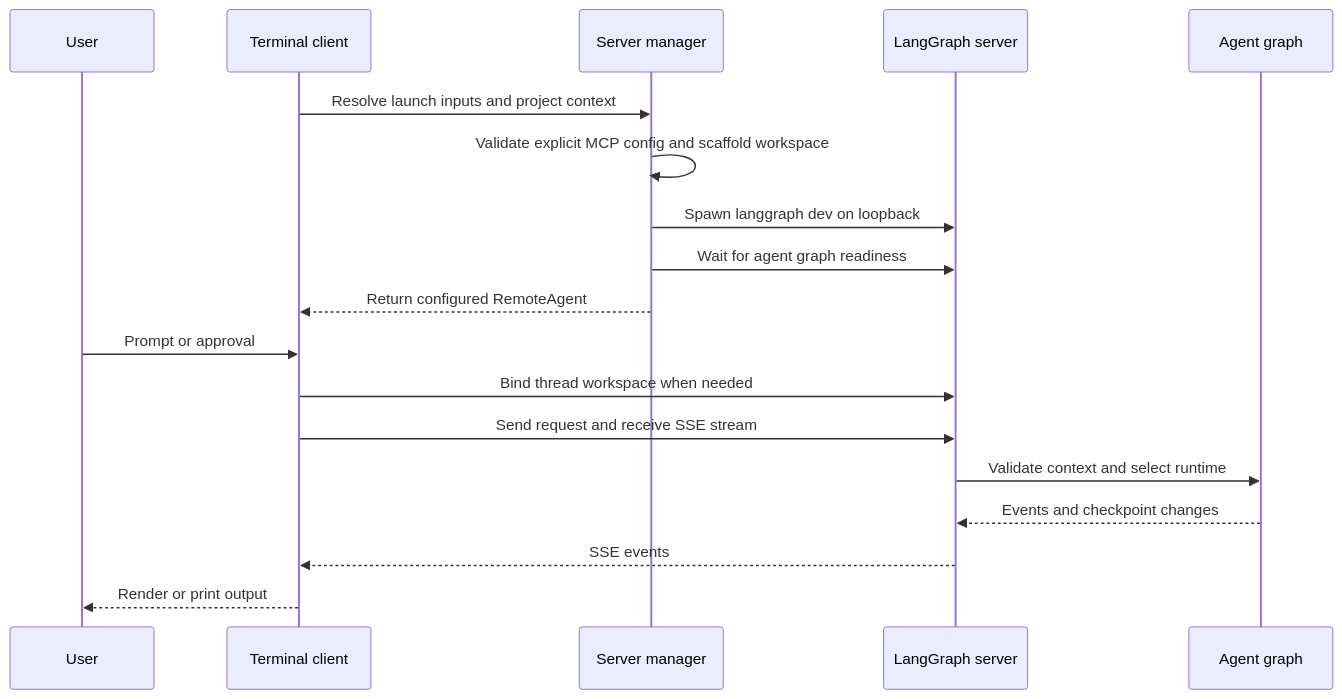
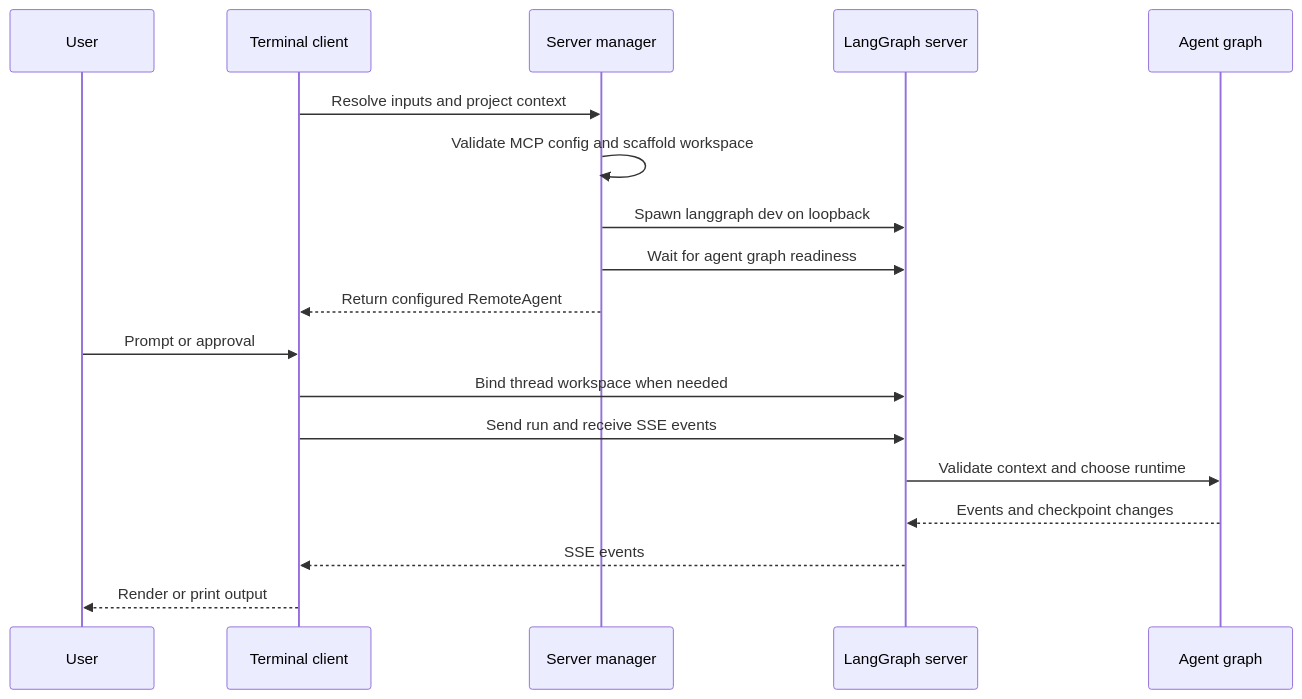
Before and after one commit to langchain-ai/deepagents: the first of 2 diagrams in openwiki/architecture/code-agent.md, drawn with Mermaid. The commit also changed other lines of this file and 36 other files, not shown here.

````diff
--- a/openwiki/architecture/code-agent.md
+++ b/openwiki/architecture/code-agent.md
@@ -56,21 +60,21 @@
 ```mermaid
 sequenceDiagram
     participant User
     participant Client as Terminal client
     participant Manager as Server manager
     participant Server as LangGraph server
     participant Graph as Agent graph
 
-    Client->>Manager: Resolve launch inputs and project context
-    Manager->>Manager: Validate explicit MCP config and scaffold workspace
+    Client->>Manager: Resolve inputs and project context
+    Manager->>Manager: Validate MCP config and scaffold workspace
     Manager->>Server: Spawn langgraph dev on loopback
     Manager->>Server: Wait for agent graph readiness
     Manager-->>Client: Return configured RemoteAgent
     User->>Client: Prompt or approval
     Client->>Server: Bind thread workspace when needed
-    Client->>Server: Send request and receive SSE stream
-    Server->>Graph: Validate context and select runtime
+    Client->>Server: Send run and receive SSE events
+    Server->>Graph: Validate context and choose runtime
     Graph-->>Server: Events and checkpoint changes
     Server-->>Client: SSE events
     Client-->>User: Render or print output
 ```
````
